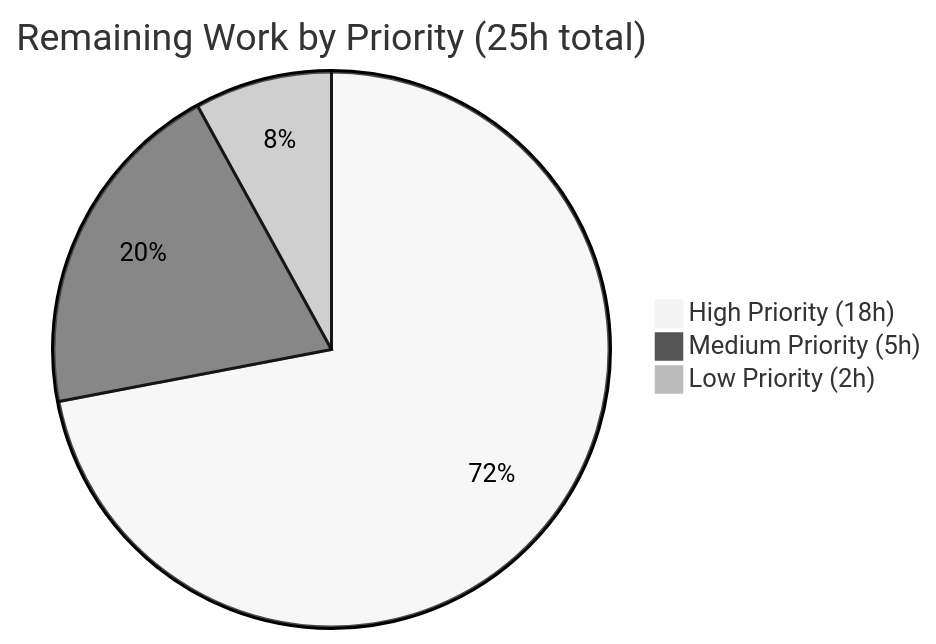
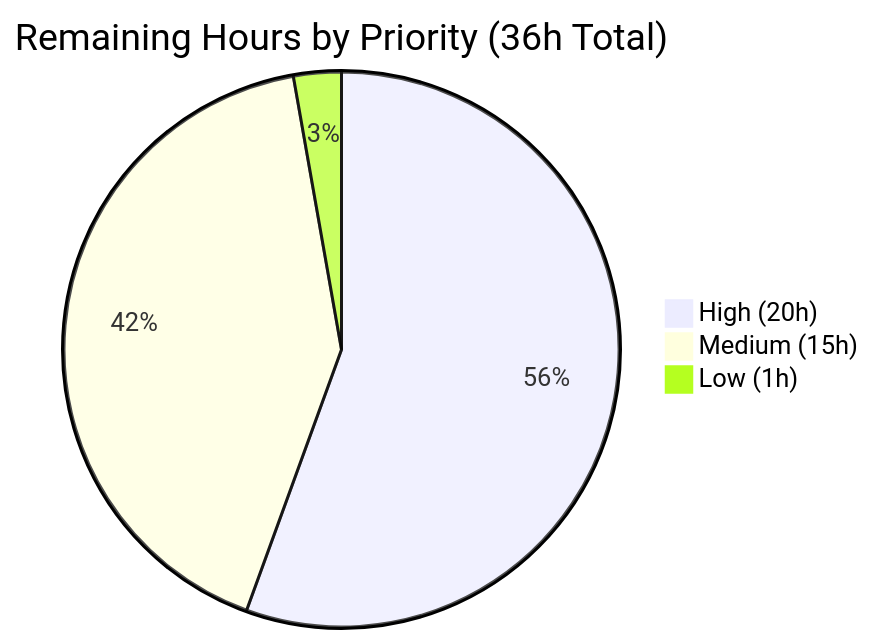
The third of 4 diagrams in blitzy/documentation/Project Guide.md (blitzy-public-samples/blitzy-kafka), drawn with Mermaid before and after one commit. The commit also changed other lines of this file, not shown here.

Commit message:
Adding Blitzy Project Guide: Project Status and Human Tasks Remaining

````diff
--- a/blitzy/documentation/Project Guide.md
+++ b/blitzy/documentation/Project Guide.md
@@ -324,7 +276,7 @@
 ```mermaid
-%%{init: {'theme':'neutral'}}%%
-pie title Remaining Work by Priority (25h total)
-    "High Priority (18h)" : 18
-    "Medium Priority (5h)" : 5
-    "Low Priority (2h)" : 2
+%%{init: {'theme':'base','themeVariables':{'xyChart':{'plotColorPalette':'#5B39F3,#B23AF2,#A8FDD9'}}}%%
+pie title Remaining Hours by Priority (36h Total)
+    "High (20h)" : 20
+    "Medium (15h)" : 15
+    "Low (1h)" : 1
 ```
````
